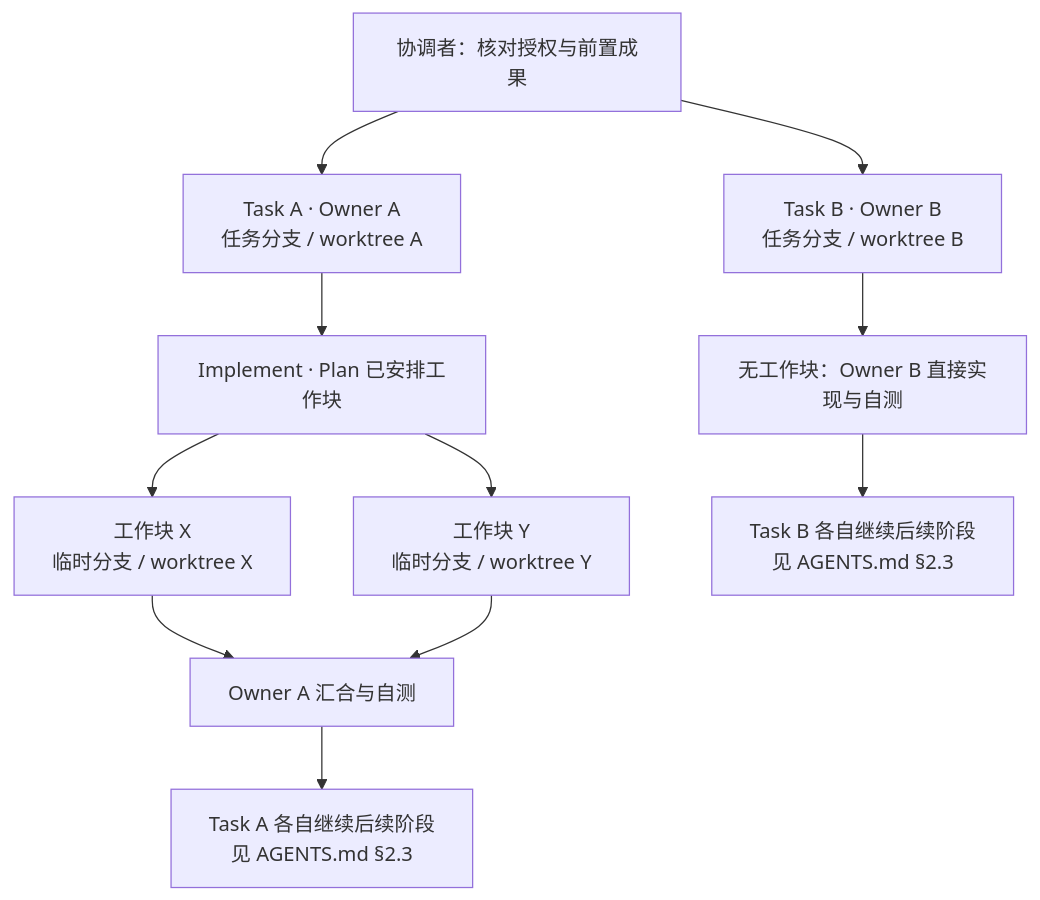
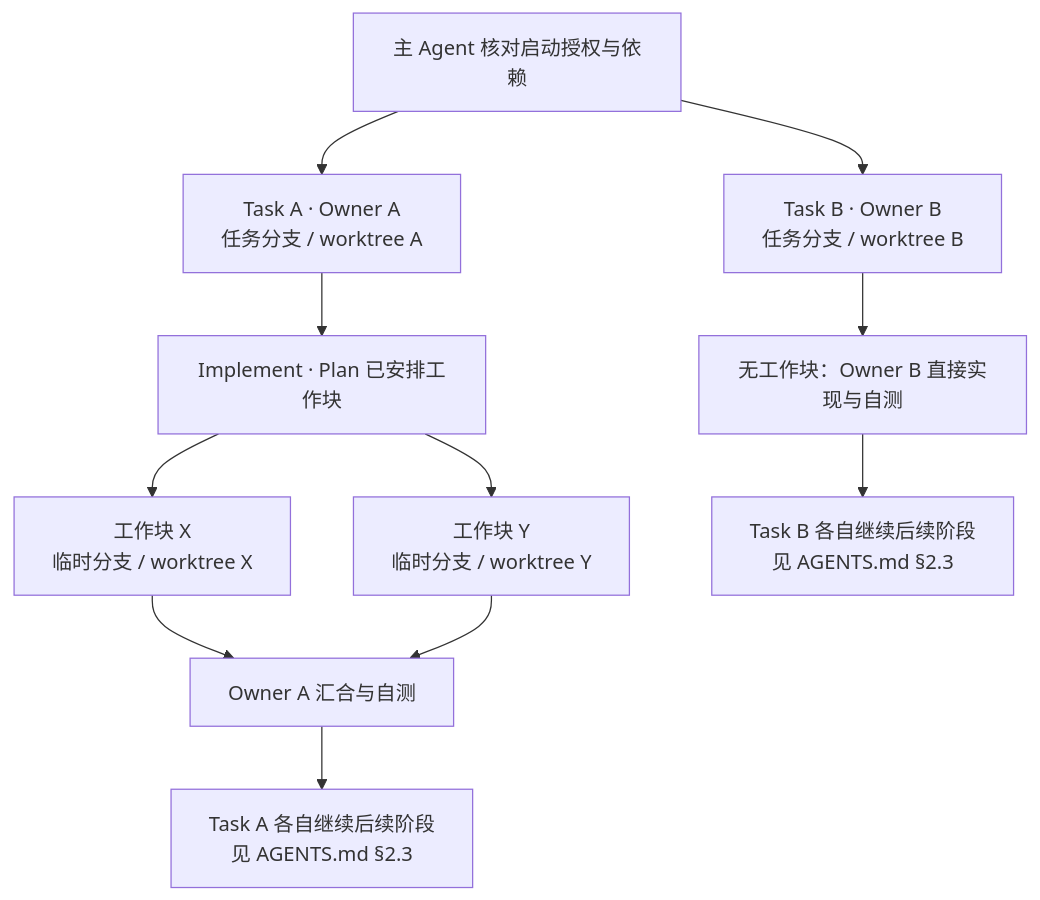
Before and after one commit to BenYang9527/skills-develop: the diagram in skills/engineering/td-harness-build/assets/project/agent-roles.md, drawn with Mermaid. The commit also changed other lines of this file and 8 other files, not shown here.

````diff
--- a/skills/engineering/td-harness-build/assets/project/agent-roles.md
+++ b/skills/engineering/td-harness-build/assets/project/agent-roles.md
@@ -28,13 +30,13 @@
 ```mermaid
 flowchart TB
-    C["协调者：核对授权与前置成果"] --> A["Task A · Owner A<br/>任务分支 / worktree A"]
+    C["主 Agent 核对启动授权与依赖"] --> A["Task A · Owner A<br/>任务分支 / worktree A"]
     C --> B["Task B · Owner B<br/>任务分支 / worktree B"]
     A --> I["Implement · Plan 已安排工作块"]
     I --> X["工作块 X<br/>临时分支 / worktree X"]
     I --> Y["工作块 Y<br/>临时分支 / worktree Y"]
     X --> J["Owner A 汇合与自测"]
     Y --> J
     B --> K["无工作块：Owner B 直接实现与自测"]
     J --> NA["Task A 各自继续后续阶段<br/>见 AGENTS.md §2.3"]
     K --> NB["Task B 各自继续后续阶段<br/>见 AGENTS.md §2.3"]
 ```
````
